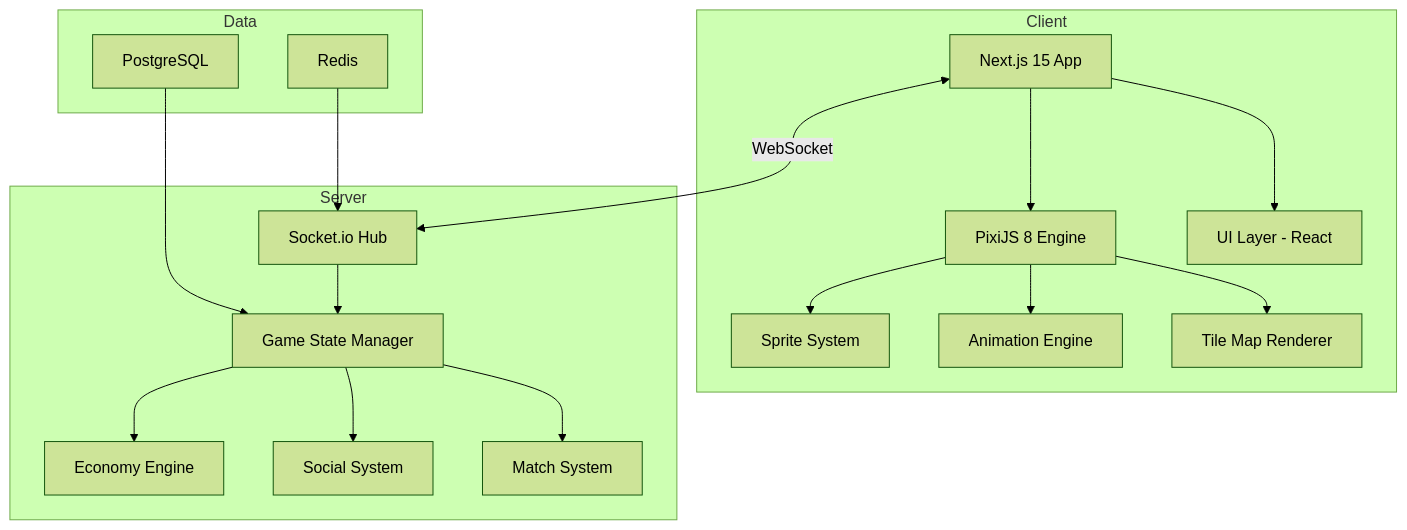
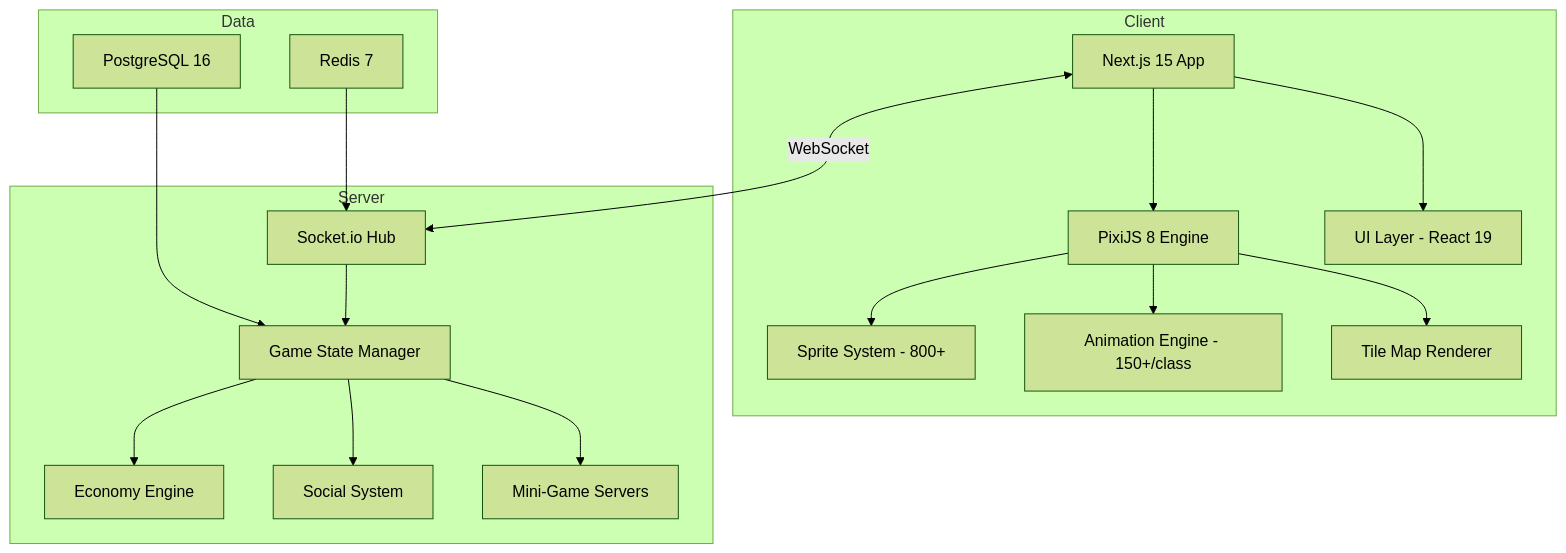
Before and after one commit to lydianai/anatolia.ailydian.com: the diagram in README.md, drawn with Mermaid (forest theme). The commit also changed other lines of this file and 1 other file, not shown here.

````diff
--- a/README.md
+++ b/README.md
@@ -59,21 +134,21 @@
 ```mermaid
 graph TD
     subgraph "Client"
         A[Next.js 15 App] --> B[PixiJS 8 Engine]
-        A --> C[UI Layer - React]
-        B --> D[Sprite System]
-        B --> E[Animation Engine]
+        A --> C[UI Layer - React 19]
+        B --> D[Sprite System - 800+]
+        B --> E[Animation Engine - 150+/class]
         B --> F[Tile Map Renderer]
     end
     subgraph "Server"
         G[Socket.io Hub] --> H[Game State Manager]
         H --> I[Economy Engine]
         H --> J[Social System]
-        H --> K[Match System]
+        H --> K[Mini-Game Servers]
     end
     subgraph "Data"
-        L[PostgreSQL] --> H
-        M[Redis] --> G
+        L[PostgreSQL 16] --> H
+        M[Redis 7] --> G
     end
     A <-->|WebSocket| G
 ```
````
